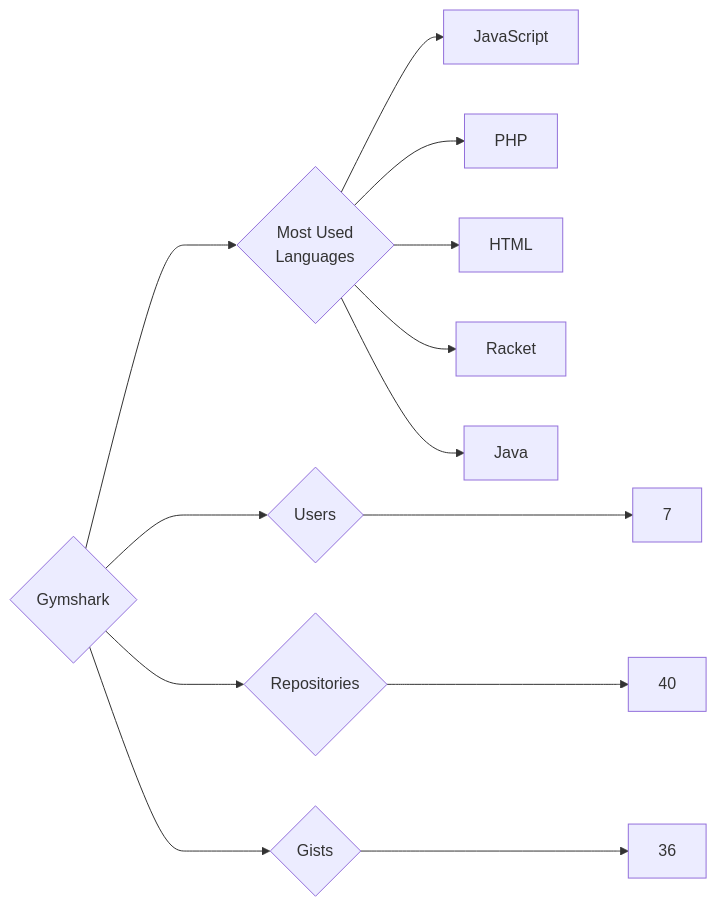
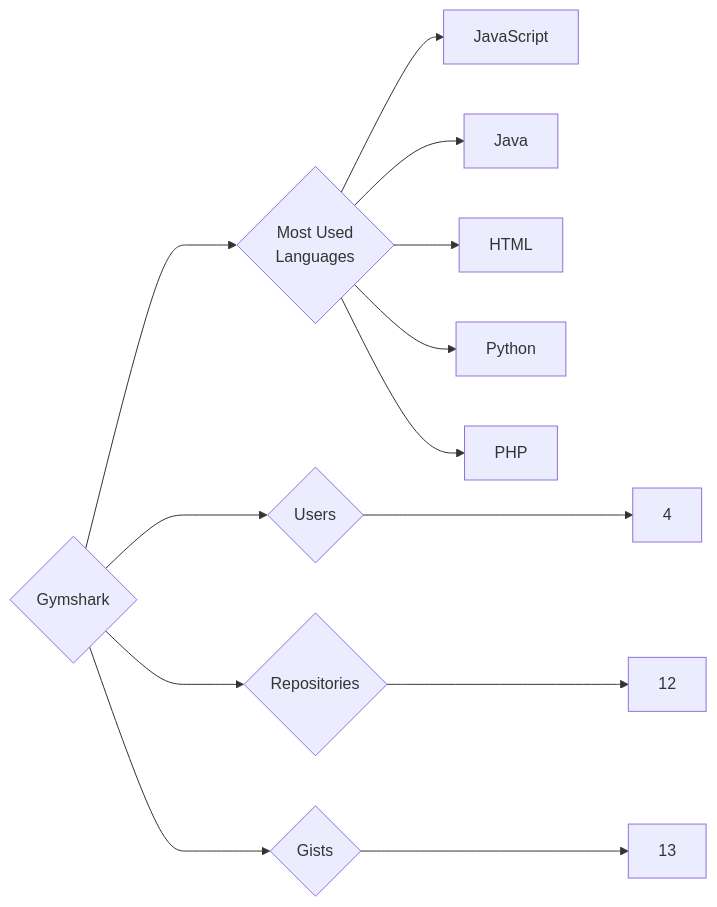
One commit to trickest/insiders changed the diagram in targets/Gymshark/README.md. Above: the diagram before and after it, drawn with Mermaid. The commit also changed 1078 other files, not shown here.

````diff
--- a/targets/Gymshark/README.md
+++ b/targets/Gymshark/README.md
@@ -3,13 +3,13 @@
 ```mermaid
 graph LR
 COMPANY_NAME{Gymshark}
-COMPANY_NAME ---> U{Users} ---> UN[7]
-COMPANY_NAME ---> R{Repositories} ---> RN[40]
-COMPANY_NAME ---> G{Gists} ---> GN[36]
+COMPANY_NAME ---> U{Users} ---> UN[4]
+COMPANY_NAME ---> R{Repositories} ---> RN[12]
+COMPANY_NAME ---> G{Gists} ---> GN[13]
 COMPANY_NAME ---> ML{Most Used<br>Languages}
 ML --> JavaScript[JavaScript]
+ML --> Java[Java]
+ML --> HTML[HTML]
+ML --> Python[Python]
 ML --> PHP[PHP]
-ML --> HTML[HTML]
-ML --> Racket[Racket]
-ML --> Java[Java]
 ```
````
